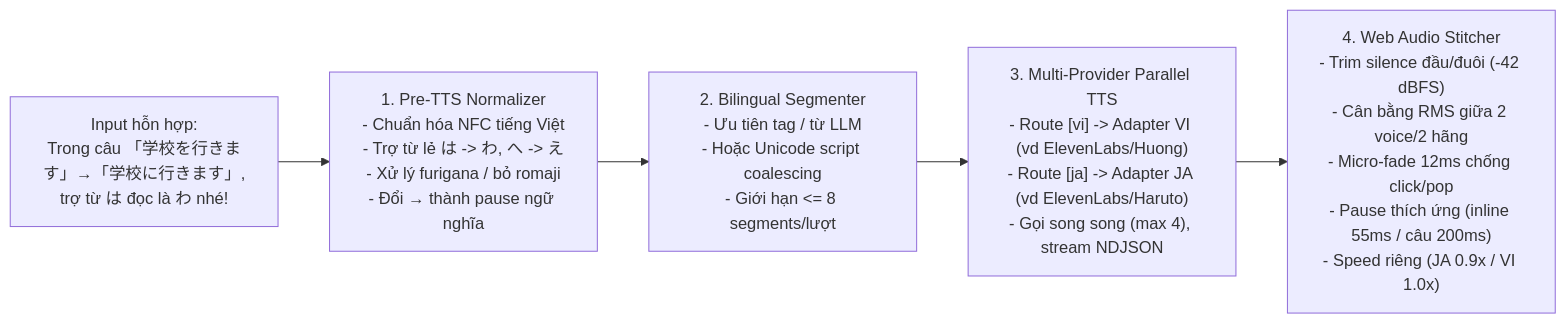
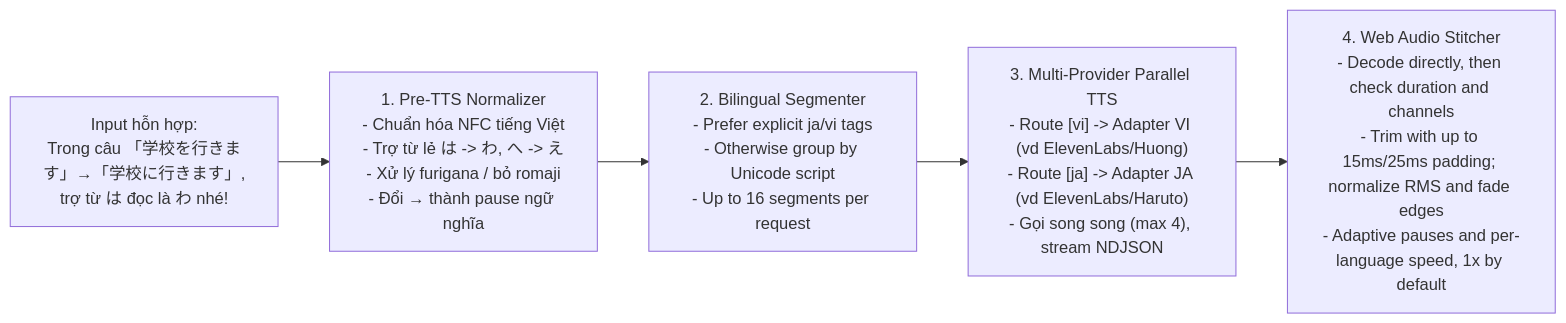
One commit to minhtri-bi/VJ_BOT changed the second of 5 diagrams in docs/VOICE_FRAMEWORK.md. Above: the diagram before and after it, drawn with Mermaid. The commit also changed other lines of this file and 17 other files, not shown here.

````diff
--- a/docs/VOICE_FRAMEWORK.md
+++ b/docs/VOICE_FRAMEWORK.md
@@ -131,10 +131,10 @@
 ```mermaid
 flowchart LR
     IN["Input hỗn hợp:\nTrong câu 「学校を行きます」→「学校に行きます」,\ntrợ từ は đọc là わ nhé!"]
     S1["1. Pre-TTS Normalizer\n- Chuẩn hóa NFC tiếng Việt\n- Trợ từ lẻ は -> わ, へ -> え\n- Xử lý furigana / bỏ romaji\n- Đổi → thành pause ngữ nghĩa"]
-    S2["2. Bilingual Segmenter\n- Ưu tiên tag <ja>/<vi> từ LLM\n- Hoặc Unicode script coalescing\n- Giới hạn <= 8 segments/lượt"]
+    S2["2. Bilingual Segmenter\n- Prefer explicit ja/vi tags\n- Otherwise group by Unicode script\n- Up to 16 segments per request"]
     S3["3. Multi-Provider Parallel TTS\n- Route [vi] -> Adapter VI (vd ElevenLabs/Huong)\n- Route [ja] -> Adapter JA (vd ElevenLabs/Haruto)\n- Gọi song song (max 4), stream NDJSON"]
-    S4["4. Web Audio Stitcher\n- Trim silence đầu/đuôi (-42 dBFS)\n- Cân bằng RMS giữa 2 voice/2 hãng\n- Micro-fade 12ms chống click/pop\n- Pause thích ứng (inline 55ms / câu 200ms)\n- Speed riêng (JA 0.9x / VI 1.0x)"]
+    S4["4. Web Audio Stitcher\n- Decode directly, then check duration and channels\n- Trim with up to 15ms/25ms padding; normalize RMS and fade edges\n- Adaptive pauses and per-language speed, 1x by default"]
 
     IN --> S1 --> S2 --> S3 --> S4
 ```
````
